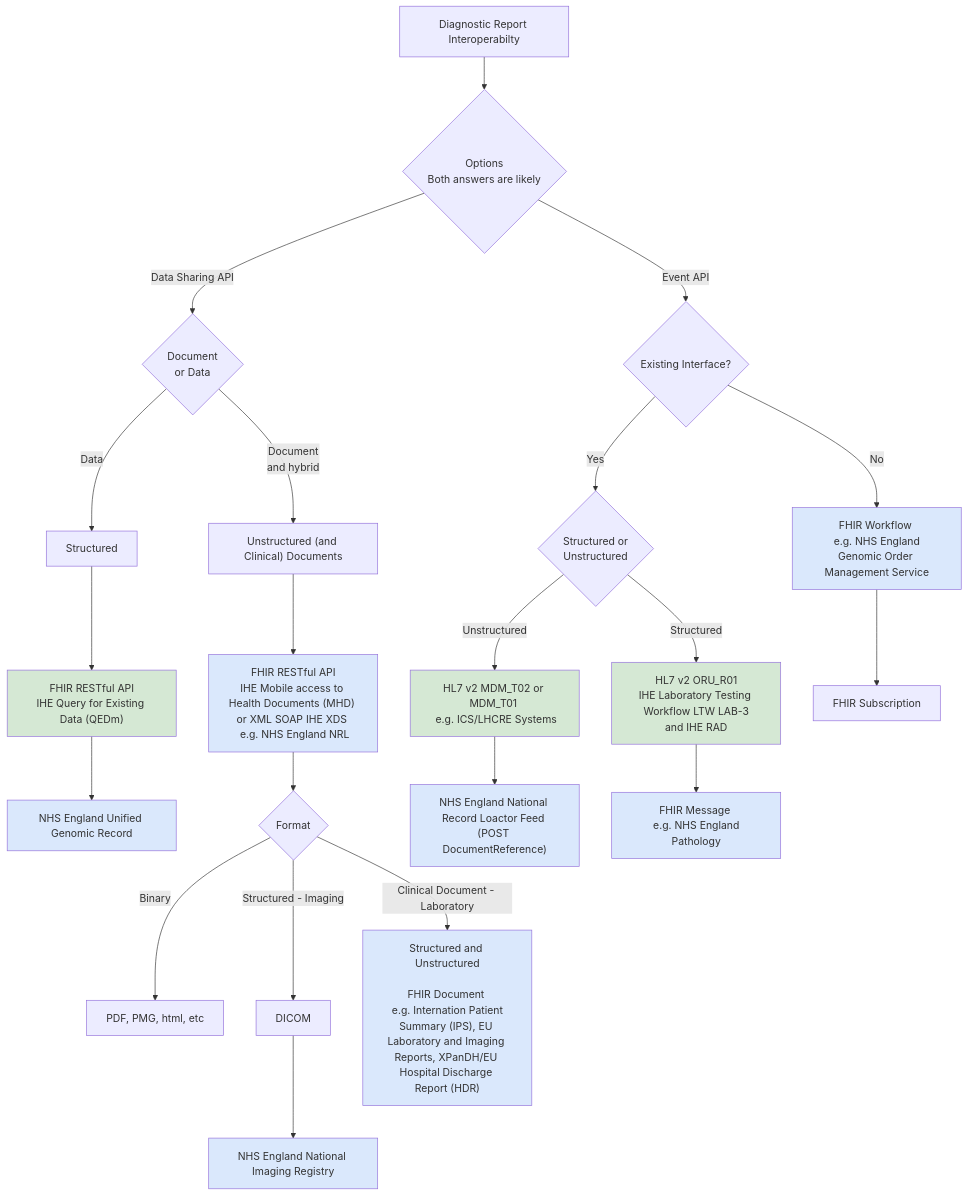
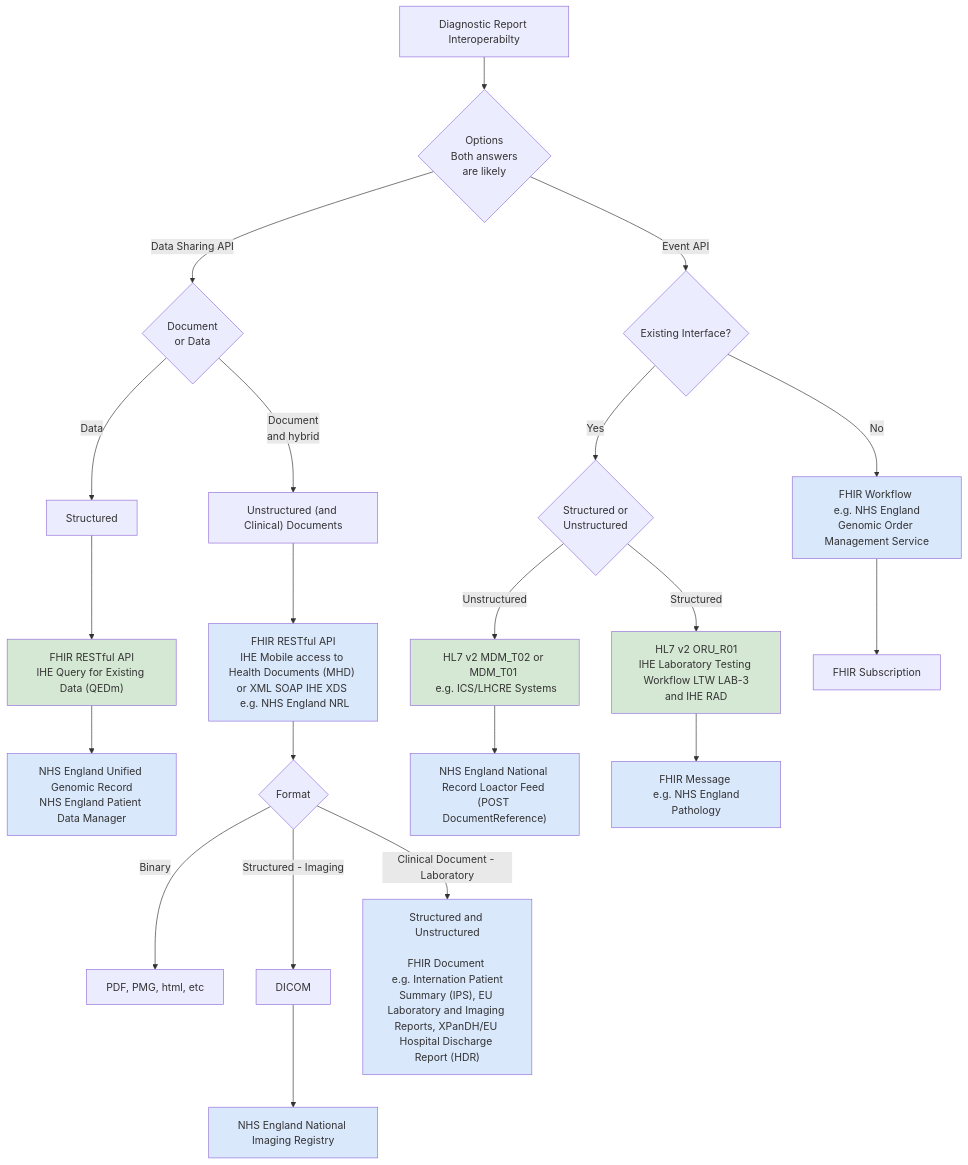
One commit to uk-gov-mirror/nw-gmsa.nw-gmsa.github.com changed the diagram in input/pagecontent/architecture.md. Above: the diagram before and after it, drawn with Mermaid.

Commit message:
Interoperability options

````diff
--- a/input/pagecontent/architecture.md
+++ b/input/pagecontent/architecture.md
@@ -26,29 +26,29 @@
 ```mermaid
 graph TD
-    B[Diagnostic Report Interoperabilty] --> C{"Options <br/>Both answers are likely"}
+    B[Diagnostic Report Interoperabilty] --> C{"Options <br/>Both answers<br/>are likely"}
     C -->|Event API| D{Existing Interface?}
     C -->|Data Sharing API| E{Document <br/>or Data}
     E --> |Data| Data[Structured]
     E --> |Document<br/>and hybrid| Documents["Unstructured (and Clinical) Documents"]
     Data --> REST["FHIR RESTful API<br/>IHE Query for Existing Data (QEDm)"]
-    REST --> UGR[NHS England Unified Genomic Record]
+    REST --> UGR[NHS England Unified Genomic Record<br/>NHS England Patient Data Manager]
     Documents --> XDS["FHIR RESTful API<br/>IHE Mobile access to Health Documents (MHD) <br/>or XML SOAP IHE XDS <br/> e.g. NHS England NRL"]
     XDS --> Format{Format}
     Format --> |Binary| Binary[PDF, PMG, html, etc]
     Format --> |Structured - Imaging| RAD[DICOM]
     Format --> |Clinical Document - Laboratory| FHIRDocument["Structured and Unstructured<br/><br/>FHIR Document <br/> e.g. Internation Patient Summary (IPS), EU Laboratory and Imaging Reports, XPanDH/EU Hospital Discharge Report (HDR)"]  
     D --> |Yes| V2{Structured or<br/>Unstructured} 
     V2 --> |Structured| LTW[HL7 v2 ORU_R01<br/>IHE Laboratory Testing Workflow LTW LAB-3<br/>and IHE RAD]
     V2 --> |Unstructured| MDM[HL7 v2 MDM_T02 or MDM_T01 <br/> e.g. ICS/LHCRE Systems]
     MDM --> NRL["NHS England National Record Loactor Feed (POST DocumentReference)<br/>"]
     D --> |No| Workflow[FHIR Workflow <br/> e.g. NHS England Genomic Order Management Service]
     Workflow --> PubSub[FHIR Subscription]
     LTW --> Pathology[FHIR Message <br/> e.g. NHS England Pathology]
     RAD --> NIR[NHS England National Imaging Registry]
 
     classDef blue fill:#DAE8FC;
     classDef green fill:#D5E8D4;
 
     class Pathology,UGR,NIR,FHIRDocument,XDS,NRL,Workflow blue
     class LTW,REST,MDM green
 ```
````
